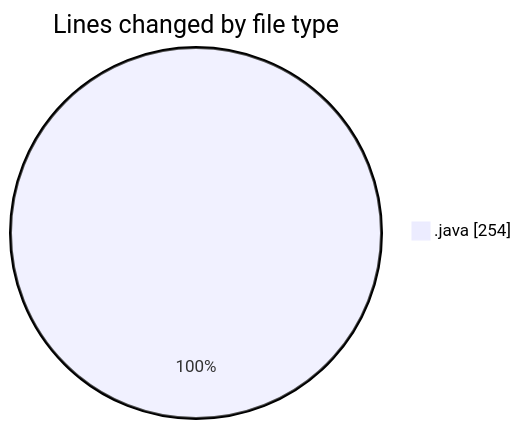
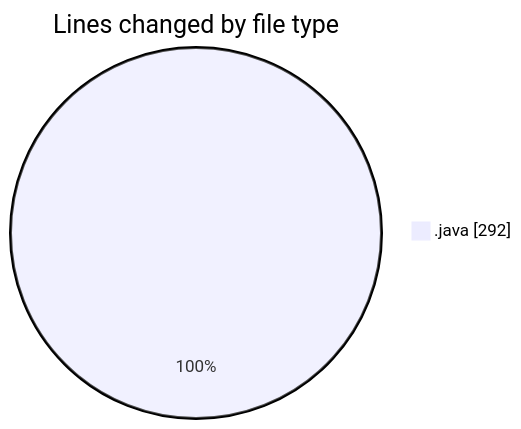
One commit to hasnaa123/code-tracking changed the first of 2 diagrams in 2026-10-25/taskforge/README.md. Above: the diagram before and after it, drawn with Mermaid. The commit also changed other lines of this file and 1 other file, not shown here.

````diff
--- a/2026-10-25/taskforge/README.md
+++ b/2026-10-25/taskforge/README.md
@@ -23,5 +23,5 @@
 ```mermaid
 pie showData
 title Lines changed by file type
-".java" : 254
+".java" : 292
 ```
````
